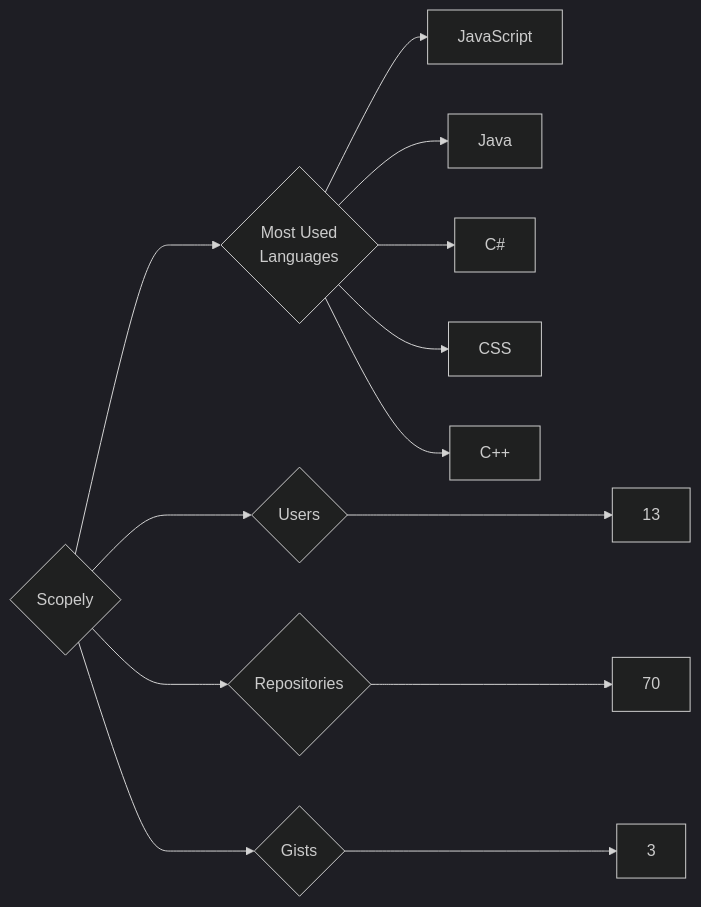
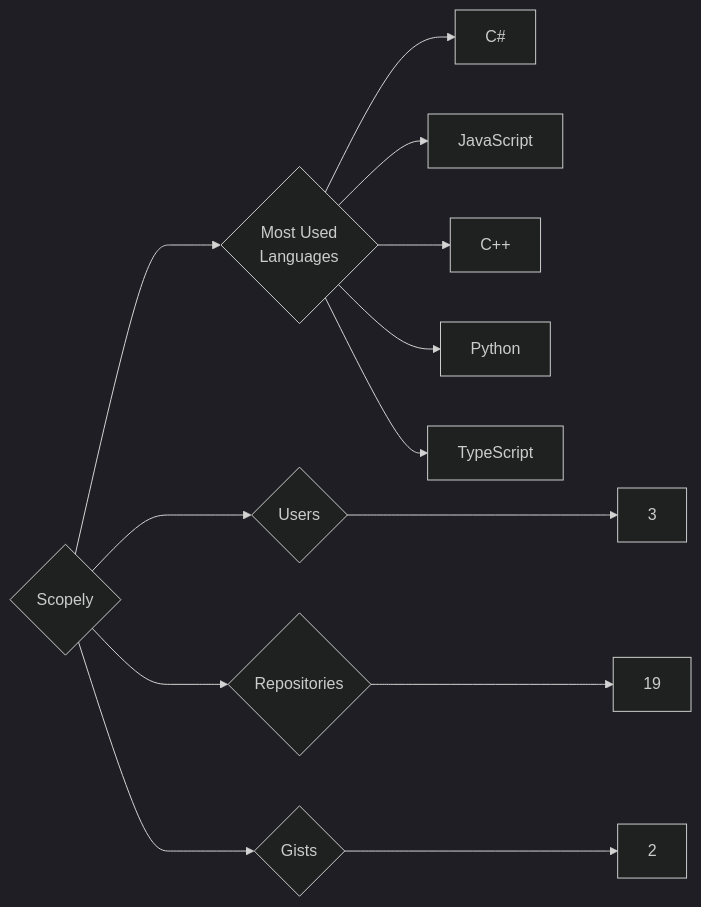
One commit to trickest/insiders changed the diagram in targets/Scopely/README.md. Above: the diagram before and after it, drawn with Mermaid (dark theme). The commit also changed 797 other files, not shown here.

````diff
--- a/targets/Scopely/README.md
+++ b/targets/Scopely/README.md
@@ -3,13 +3,13 @@
 ```mermaid
 graph LR
 COMPANY_NAME{Scopely}
-COMPANY_NAME ---> U{Users} ---> UN[13]
-COMPANY_NAME ---> R{Repositories} ---> RN[70]
-COMPANY_NAME ---> G{Gists} ---> GN[3]
+COMPANY_NAME ---> U{Users} ---> UN[3]
+COMPANY_NAME ---> R{Repositories} ---> RN[19]
+COMPANY_NAME ---> G{Gists} ---> GN[2]
 COMPANY_NAME ---> ML{Most Used<br>Languages}
+ML --> C#[C#]
 ML --> JavaScript[JavaScript]
-ML --> Java[Java]
-ML --> C#[C#]
-ML --> CSS[CSS]
 ML --> C++[C++]
+ML --> Python[Python]
+ML --> TypeScript[TypeScript]
 ```
````
